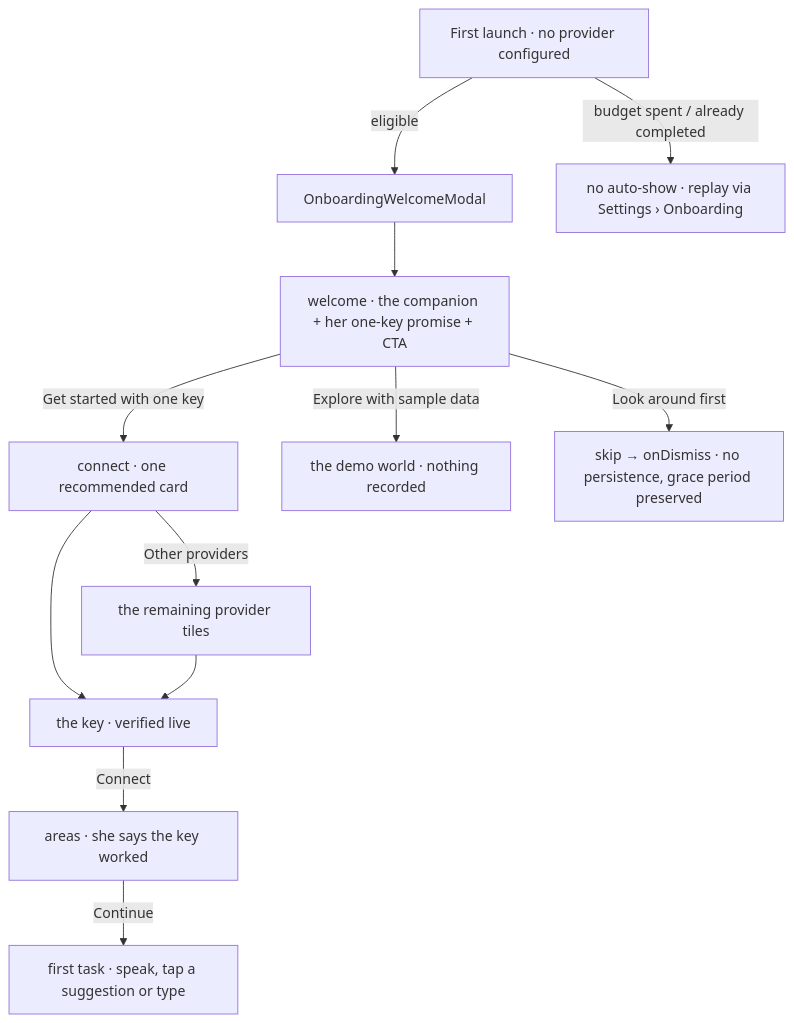
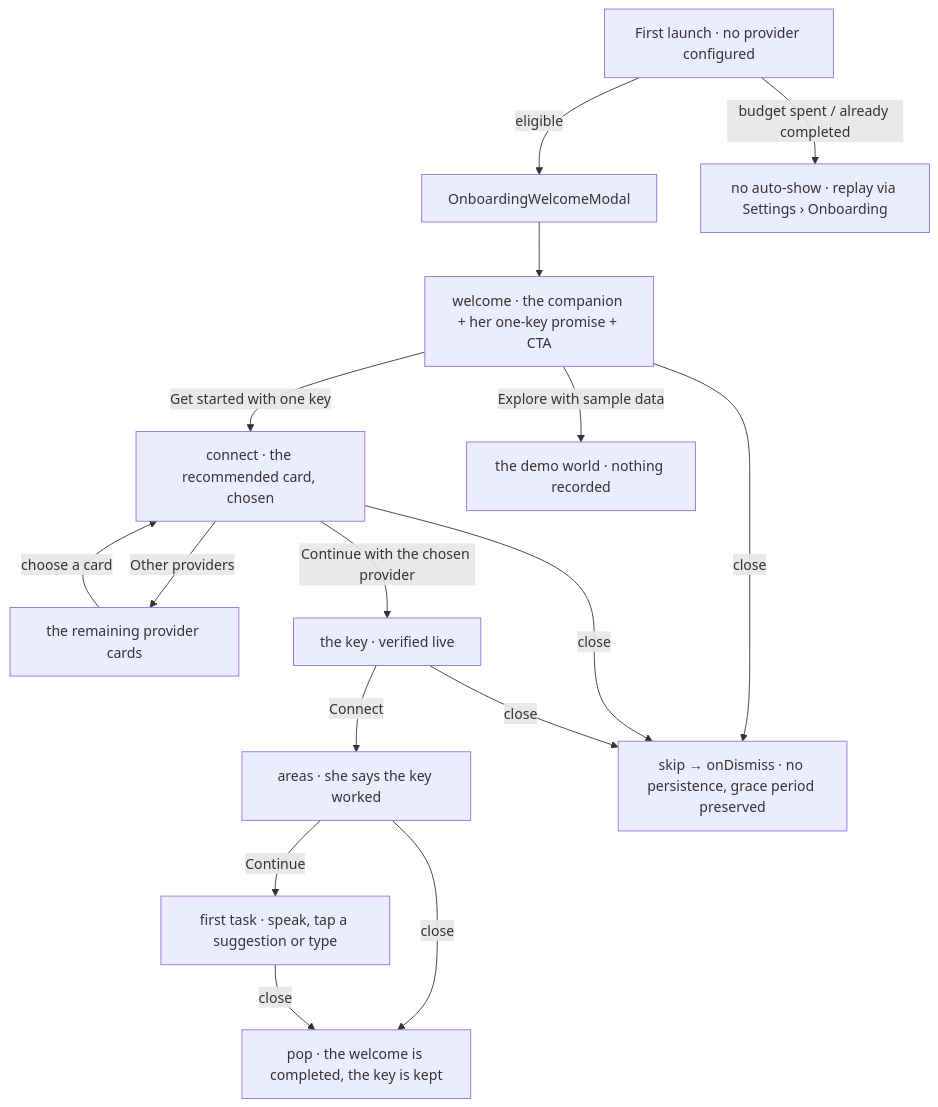
One commit to matthiasn/lotti changed the diagram in knowledge/features/onboarding.md. Above: the diagram before and after it, drawn with Mermaid. The commit also changed other lines of this file and 68 other files, not shown here.

````diff
--- a/knowledge/features/onboarding.md
+++ b/knowledge/features/onboarding.md
@@ -38,14 +38,18 @@
 ```mermaid
 flowchart TD
     L[First launch · no provider configured] -->|eligible| W[OnboardingWelcomeModal]
     L -->|budget spent / already completed| NONE[no auto-show · replay via Settings › Onboarding]
     W --> WL[welcome · the companion + her one-key promise + CTA]
-    WL -->|Get started with one key| CN[connect · one recommended card]
-    CN -->|Other providers| CNO[the remaining provider tiles]
-    CN --> KEY[the key · verified live]
-    CNO --> KEY
+    WL -->|Get started with one key| CN[connect · the recommended card, chosen]
+    CN -->|Other providers| CNO[the remaining provider cards]
+    CN -->|Continue with the chosen provider| KEY[the key · verified live]
+    CNO -->|choose a card| CN
     KEY -->|Connect| AR[areas · she says the key worked]
     AR -->|Continue| FT[first task · speak, tap a suggestion or type]
     WL -->|Explore with sample data| DEMO[the demo world · nothing recorded]
-    WL -->|Look around first| SK[skip → onDismiss · no persistence, grace period preserved]
+    WL -->|close| SK[skip → onDismiss · no persistence, grace period preserved]
+    CN -->|close| SK
+    KEY -->|close| SK
+    AR -->|close| DONE[pop · the welcome is completed, the key is kept]
+    FT -->|close| DONE
 ```
````
